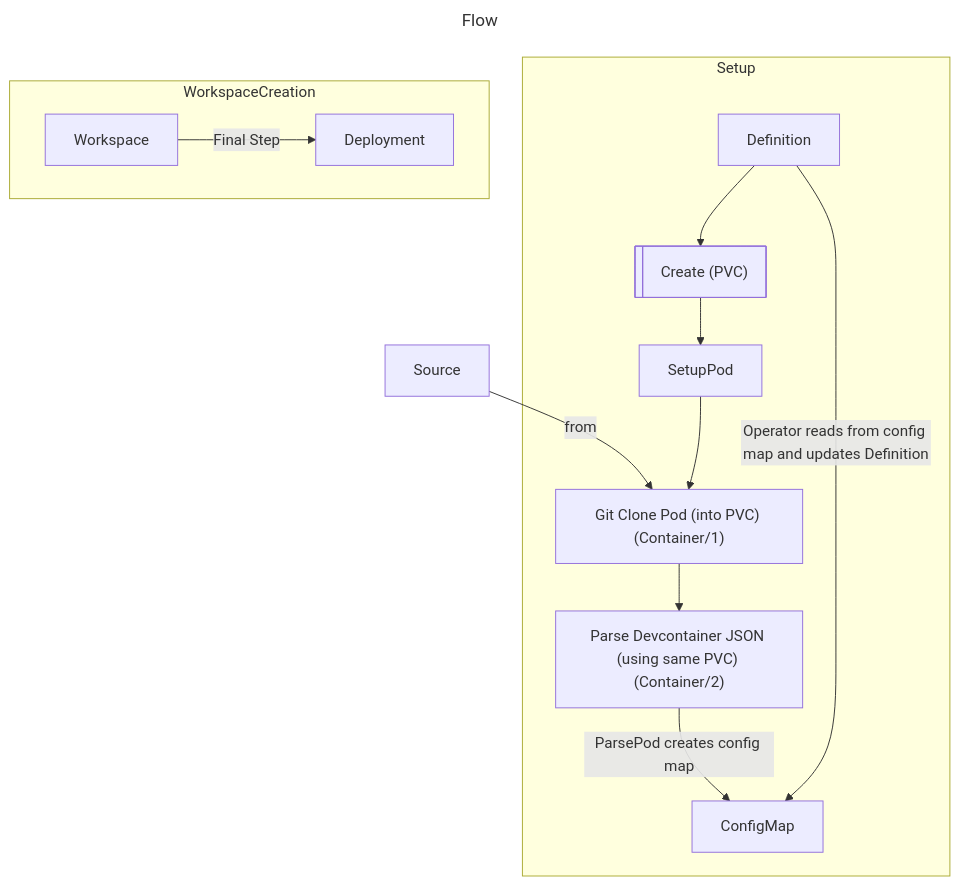
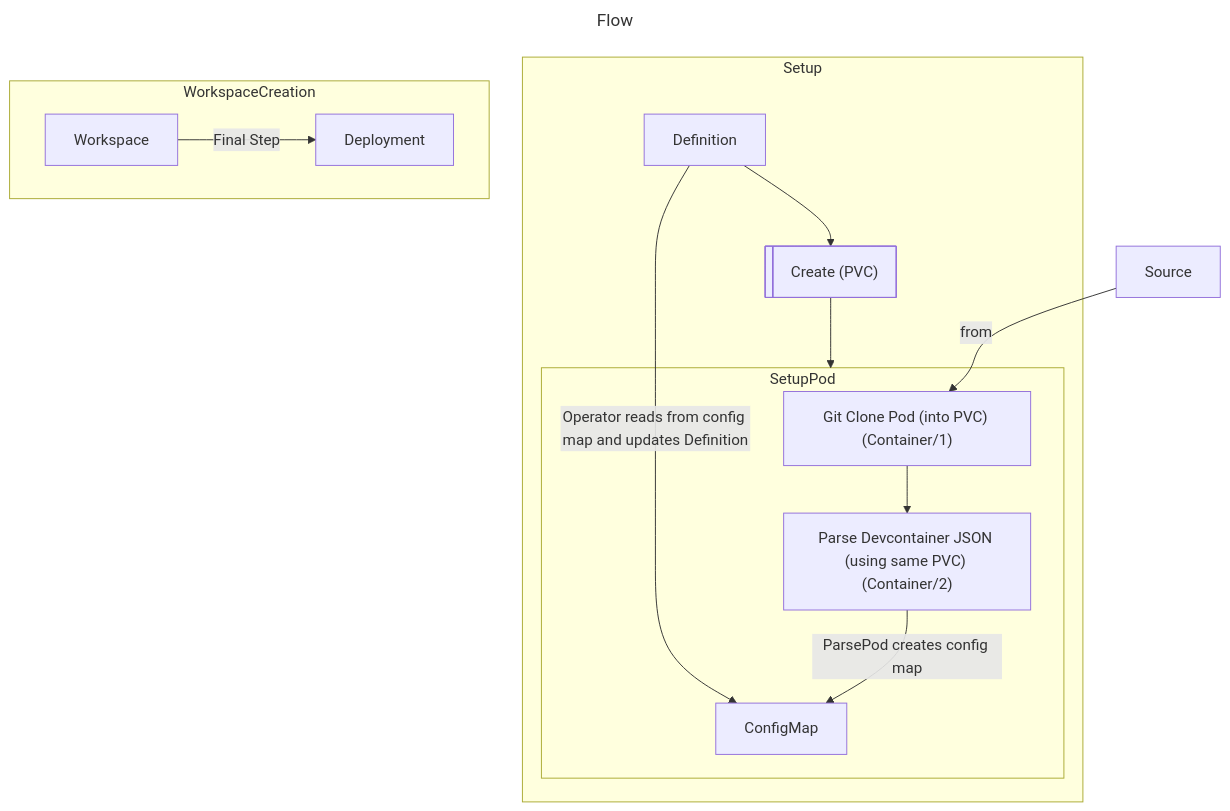
The second of 2 diagrams in julius/devcontainer-operator-poc/README.md (everproc/devcontainer-operator), drawn with Mermaid before and after one commit.

Commit message:
more mermaid charts, still work in progress

````diff
--- a/julius/devcontainer-operator-poc/README.md
+++ b/julius/devcontainer-operator-poc/README.md
@@ -40,28 +40,30 @@
 ```mermaid
 ---
 title: Flow
 ---
 flowchart
 	PVC@{ shape: lin-rect, label: "Create (PVC)" }
 	Clone@{ label : Git Clone Pod (into PVC) (Container/1) }
 	Parse@{ label : Parse Devcontainer JSON (using same PVC) (Container/2) }
 
 	 
 
 	Source -->|from|Clone
 
 	subgraph Setup
-	Definition --> PVC
-	PVC --> SetupPod
-	SetupPod --> Clone
-	Clone --> Parse
-	Parse -->|ParsePod creates config map|ConfigMap
-	Definition -->|Operator reads from config map and updates Definition|ConfigMap
+		Definition -->|Operator reads from config map and updates Definition|ConfigMap
+		Definition --> PVC
+		PVC --> SetupPod
+		subgraph SetupPod
+			Clone --> Parse
+			Parse -->|ParsePod creates config map|ConfigMap
+		end
+		
 	end
 	subgraph WorkspaceCreation
 		Workspace -->|Final Step|Deployment
 	end
 	
     
 
 ```
````
